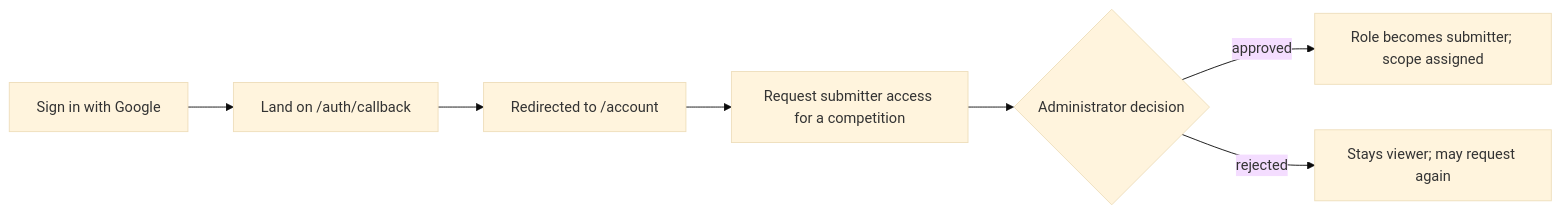
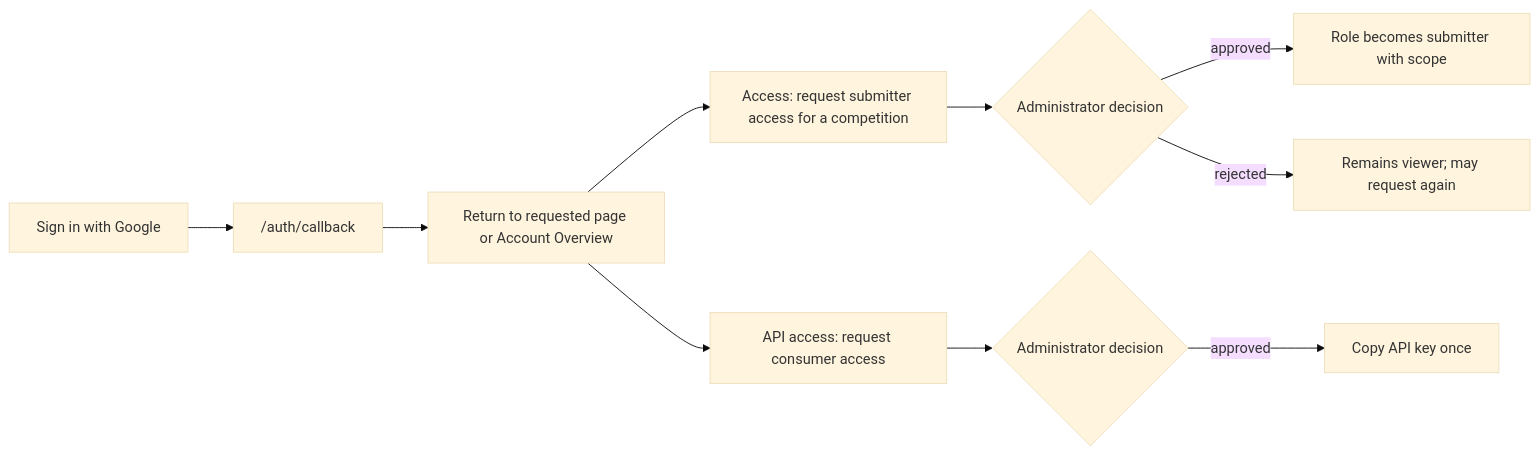
The fourth of 8 diagrams in docs/design/information-architecture-and-wireframes.md (NadavSundy/Sport-Analytics-Tool), drawn with Mermaid (base theme) before and after one commit. The commit also changed other lines of this file and 10 other files, not shown here.

````diff
--- a/docs/design/information-architecture-and-wireframes.md
+++ b/docs/design/information-architecture-and-wireframes.md
@@ -161,9 +192,12 @@
 ```mermaid
 flowchart LR
-    A[Sign in with Google] --> B[Land on /auth/callback]
-    B --> C[Redirected to /account]
-    C --> D[Request submitter access for a competition]
+    A[Sign in with Google] --> B["/auth/callback"]
+    B --> C[Return to requested page or Account Overview]
+    C --> D[Access: request submitter access for a competition]
     D --> E{Administrator decision}
-    E -- approved --> F[Role becomes submitter; scope assigned]
-    E -- rejected --> G[Stays viewer; may request again]
+    E -- approved --> F[Role becomes submitter with scope]
+    E -- rejected --> G[Remains viewer; may request again]
+    C --> H[API access: request consumer access]
+    H --> I{Administrator decision}
+    I -- approved --> J[Copy API key once]
 ```
````
